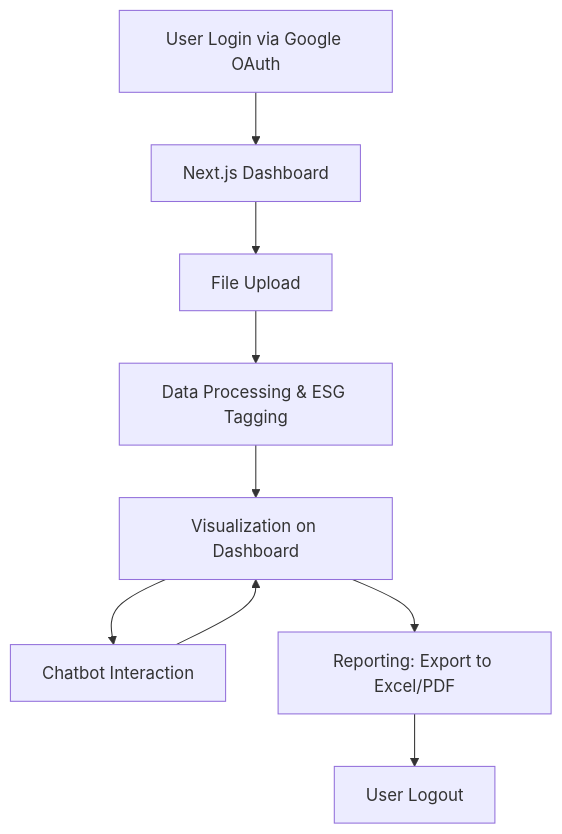
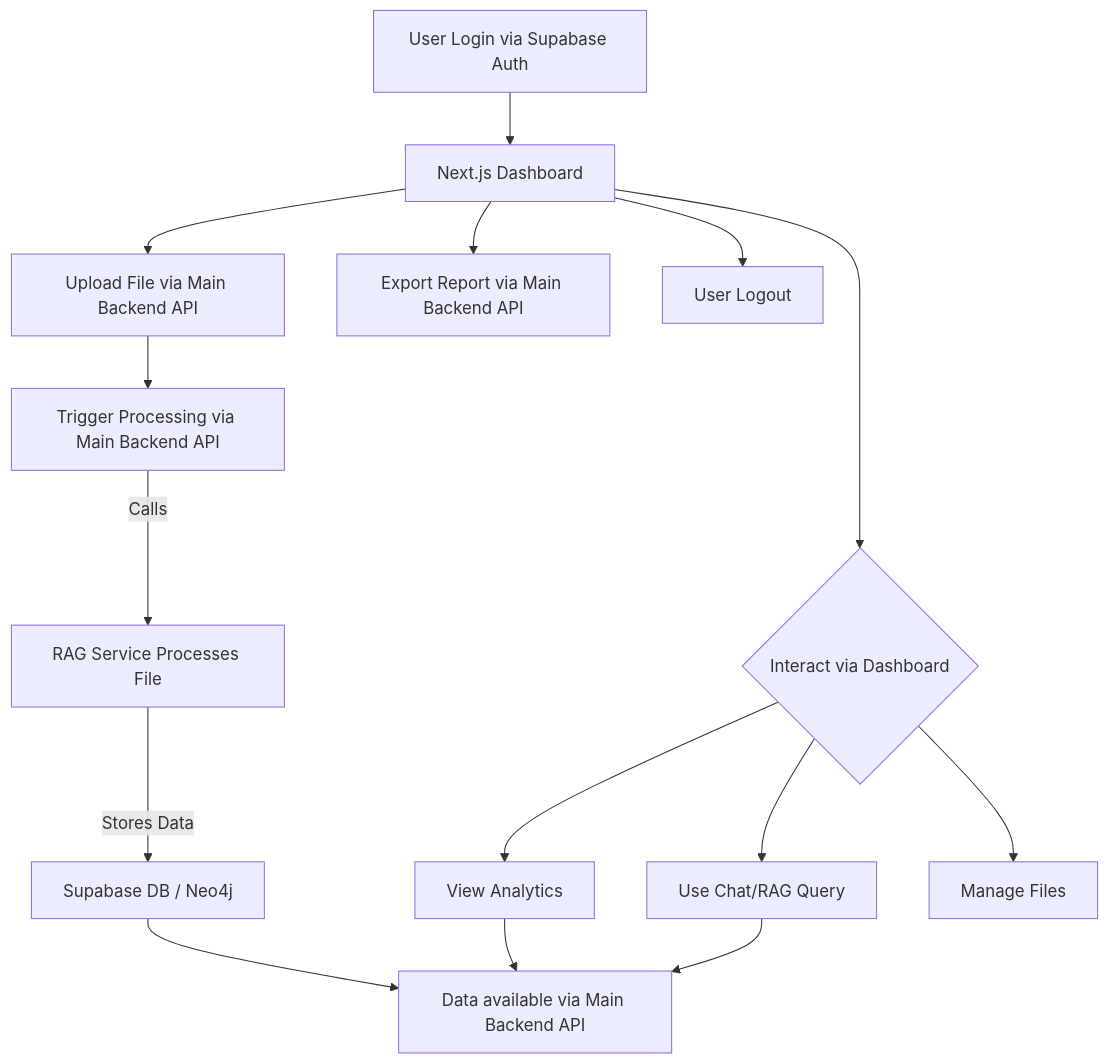
Before and after one commit to VenkateshShivandi/ESG_Reporting: the first of 2 diagrams in documentation/PRD.md, drawn with Mermaid. The commit also changed other lines of this file and 26 other files, not shown here.

First line of the commit message:
Enhance Excel Analytics Component and API Integration

````diff
--- a/documentation/PRD.md
+++ b/documentation/PRD.md
@@ -50,12 +55,17 @@
 ```mermaid
 graph TD;
-  A[User Login via Google OAuth] --> B[Next.js Dashboard];
-  B --> C[File Upload];
-  C --> D[Data Processing & ESG Tagging];
-  D --> E[Visualization on Dashboard];
-  E --> F[Chatbot Interaction];
-  F --> E;
-  E --> G[Reporting: Export to Excel/PDF];
-  G --> H[User Logout];
-
+    A[User Login via Supabase Auth] --> B[Next.js Dashboard];
+    B --> C[Upload File via Main Backend API];
+    C --> D[Trigger Processing via Main Backend API];
+    D -- Calls --> E[RAG Service Processes File];
+    E -- Stores Data --> F[Supabase DB / Neo4j];
+    F --> G[Data available via Main Backend API];
+    B --> H{Interact via Dashboard};
+    H --> I[View Analytics];
+    H --> J[Use Chat/RAG Query];
+    H --> K[Manage Files];
+    I --> G;
+    J --> G;
+    B --> L[Export Report via Main Backend API];
+    B --> M[User Logout];
 ```
````
